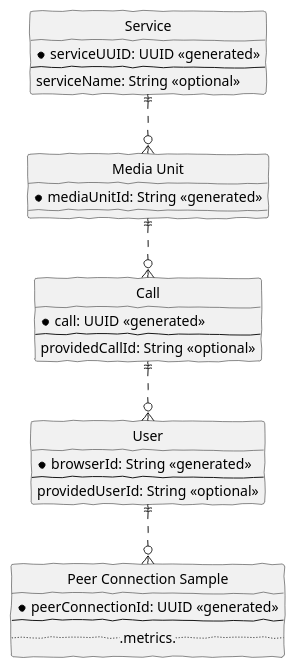
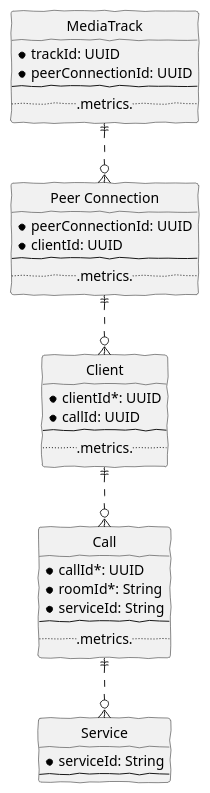
The second of 2 diagrams in docs/index.adoc (ObserveRTC/observer-service), drawn with PlantUML before and after one commit. The commit also changed other lines of this file and 453 other files, not shown here.

```diff
--- a/docs/index.adoc
+++ b/docs/index.adoc
@@ -57,46 +66,54 @@
 [plantuml, data-hierarchy, png]
 ----
 @startuml
 skinparam handwritten true
 skinparam monochrome true
 skinparam backgroundColor transparent
 
 ' hide the spot
 hide circle
 
-entity "Peer Connection Sample" as pcs {
-*peerConnectionId: UUID <<generated>>
+entity "MediaTrack" as tracks {
+*trackId: UUID
+*peerConnectionId: UUID
 --
 ...metrics...
 }
 
-entity "User" as user {
-*browserId: String <<generated>>
+entity "Peer Connection" as pcs {
+*peerConnectionId: UUID
+*clientId: UUID
 --
-providedUserId: String <<optional>>
+...metrics...
 }
 
-entity "Call" as call {
-*call: UUID <<generated>>
+entity "Client" as client {
+*clientId*: UUID
+*callId: UUID
 --
-providedCallId: String <<optional>>
-}
-
-entity "Media Unit" as mediaUnit {
-*mediaUnitId: String <<generated>>
-}
-
-entity "Service" as service {
-*serviceUUID: UUID <<generated>>
----
-serviceName: String <<optional>>
+...metrics...
 }
 
 
-user ||..o{ pcs
-call ||..o{ user
-mediaUnit ||..o{ call
-service ||..o{ mediaUnit
+entity "Call" as call {
+*callId*: UUID
+*roomId*: String
+*serviceId: String
+--
+...metrics...
+}
+
+
+entity "Service" as service {
+*serviceId: String
+--
+}
+
+call ||..o{ service
+client ||..o{ call
+pcs ||..o{ client
+tracks ||..o{ pcs
+
 
 @enduml
 ----
```
